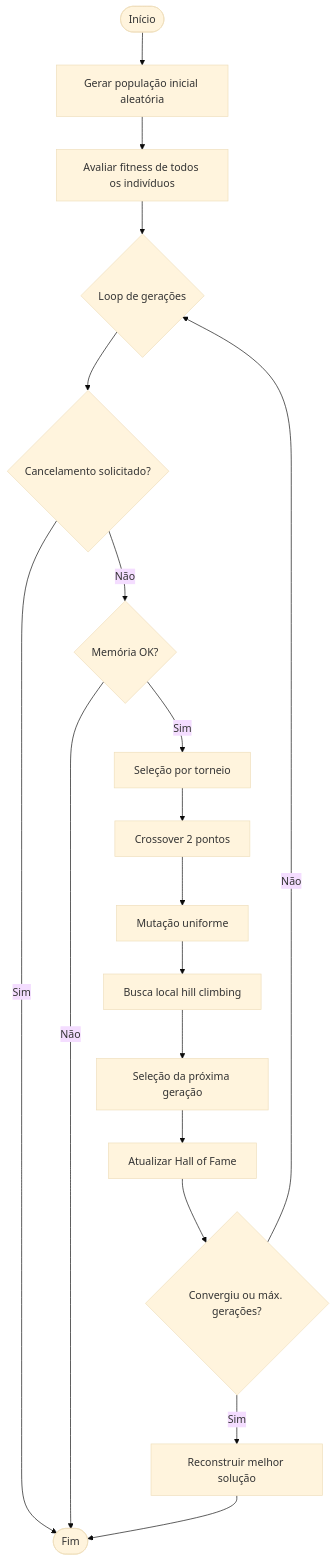
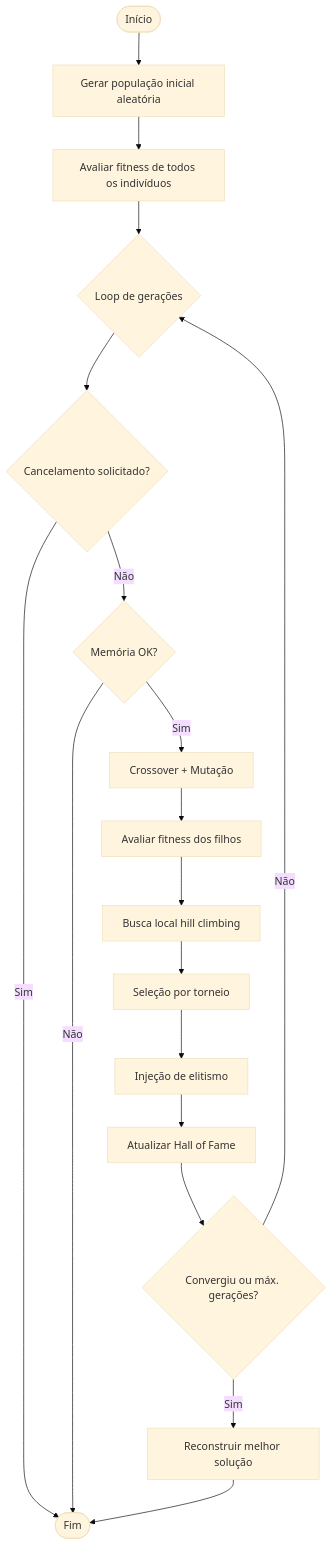
One commit to paulomml/truss-opt-3d changed the first of 3 diagrams in README.md. Above: the diagram before and after it, drawn with Mermaid (base theme). The commit also changed other lines of this file and 40 other files, not shown here.

````diff
--- a/README.md
+++ b/README.md
@@ -189,20 +189,20 @@
 ```mermaid
 flowchart TD
     Start([Início]) --> Init[Gerar população inicial aleatória]
     Init --> Eval[Avaliar fitness de todos os indivíduos]
     Eval --> GenLoop{Loop de gerações}
     GenLoop --> Cancel{Cancelamento solicitado?}
     Cancel -->|Sim| End([Fim])
     Cancel -->|Não| MemCheck{Memória OK?}
     MemCheck -->|Não| End
-    MemCheck -->|Sim| Select[Seleção por torneio]
-    Select --> Crossover[Crossover 2 pontos]
-    Crossover --> Mutation[Mutação uniforme]
-    Mutation --> LS[Busca local hill climbing]
-    LS --> SelPop[Seleção da próxima geração]
-    SelPop --> Hall[Atualizar Hall of Fame]
+    MemCheck -->|Sim| VarAnd[Crossover + Mutação]
+    VarAnd --> EvalOff[Avaliar fitness dos filhos]
+    EvalOff --> LS[Busca local hill climbing]
+    LS --> SelPop[Seleção por torneio]
+    SelPop --> Elitism[Injeção de elitismo]
+    Elitism --> Hall[Atualizar Hall of Fame]
     Hall --> Conv{Convergiu ou máx. gerações?}
     Conv -->|Não| GenLoop
     Conv -->|Sim| Best[Reconstruir melhor solução]
     Best --> End
 ```
````
